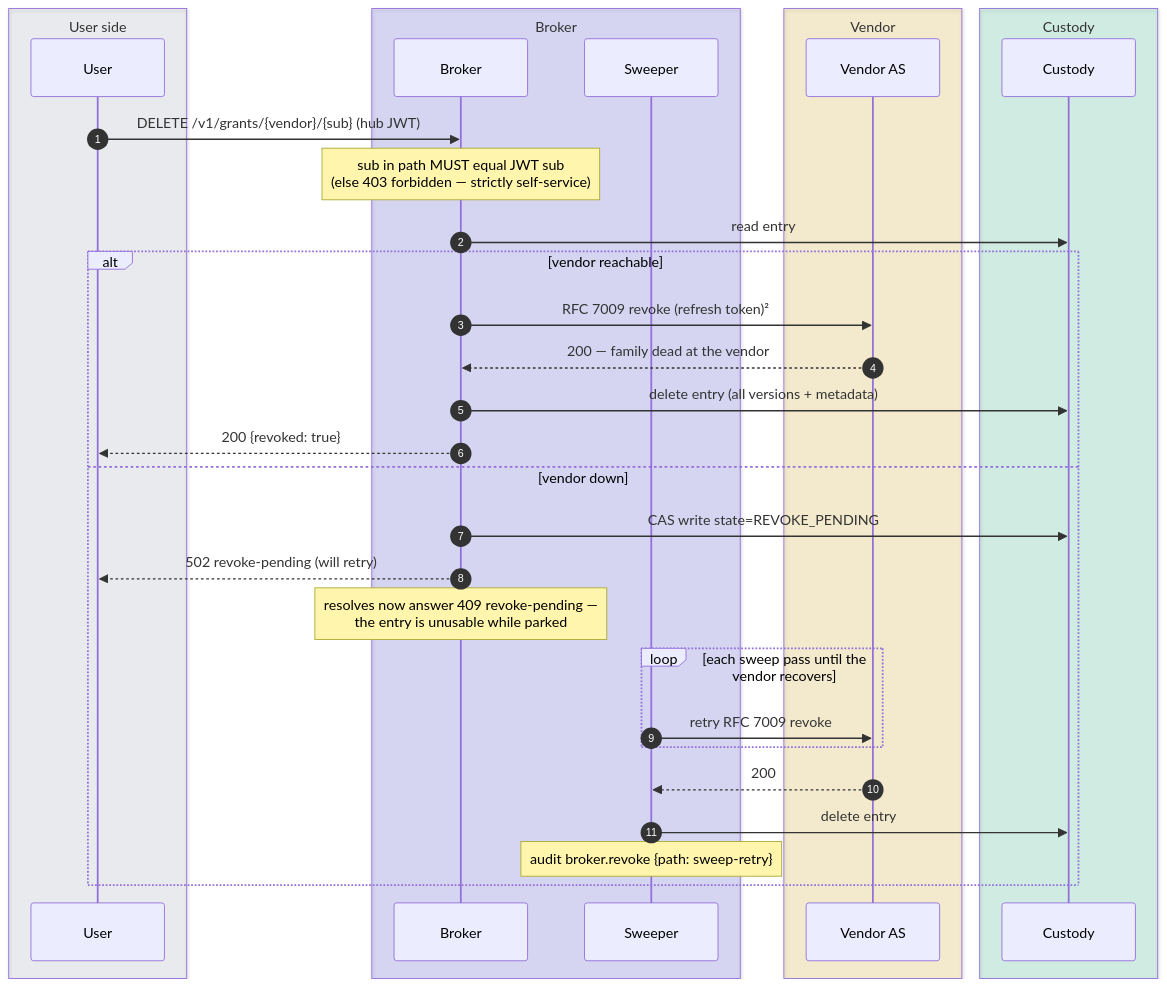
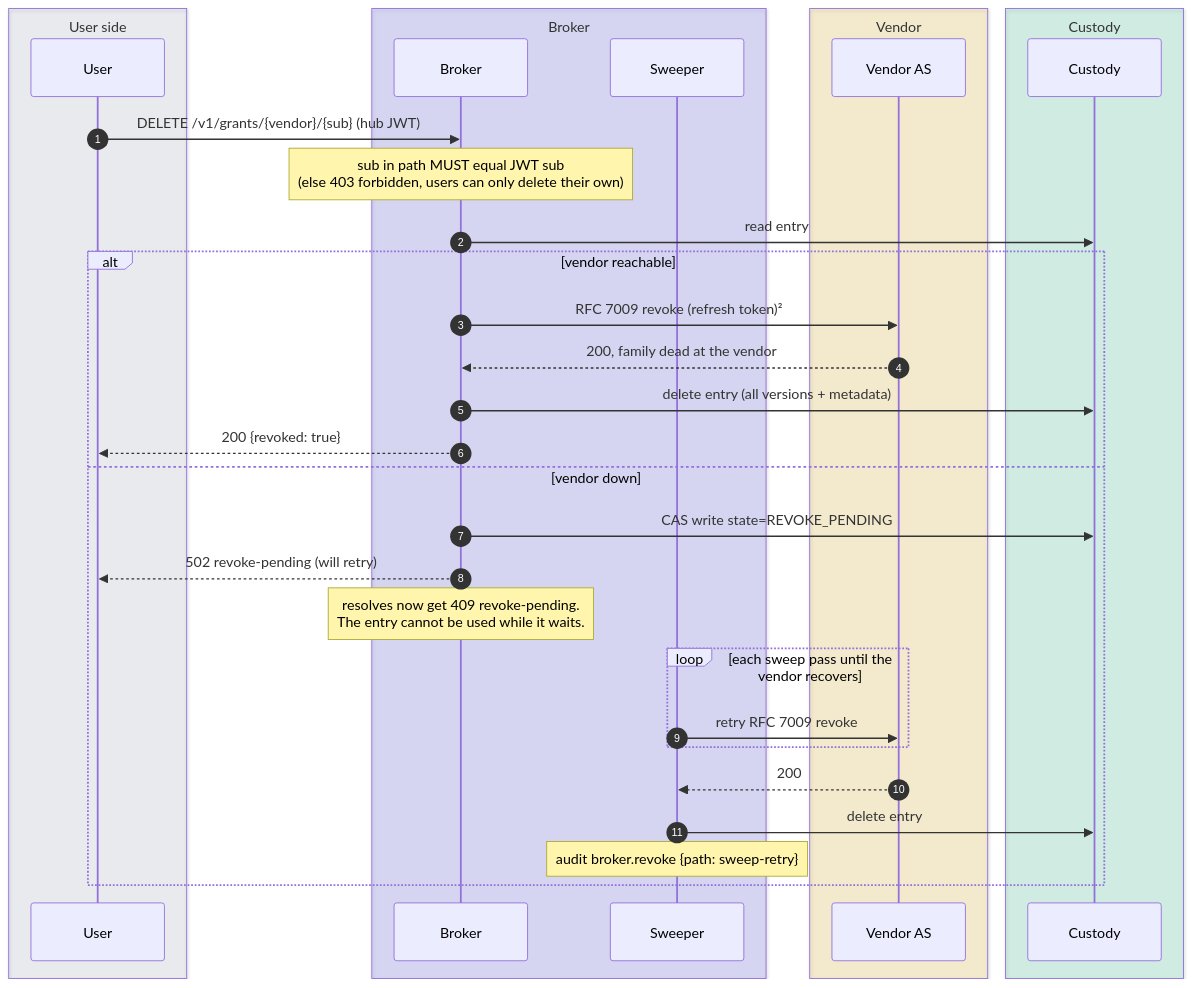
Before and after one commit to chief-builder/vendor-token-broker: the ninth of 10 diagrams in docs/token-lifecycle.md, drawn with Mermaid. The commit also changed other lines of this file and 14 other files, not shown here.

````diff
--- a/docs/token-lifecycle.md
+++ b/docs/token-lifecycle.md
@@ -392,37 +436,37 @@
 ```mermaid
 sequenceDiagram
     autonumber
     box rgba(148,163,184,0.14) User side
         participant U as User
     end
     box rgba(99,102,241,0.20) Broker
         participant B as Broker
         participant S as Sweeper
     end
     box rgba(234,179,8,0.16) Vendor
         participant V as Vendor AS
     end
     box rgba(16,185,129,0.16) Custody
         participant K as Custody
     end
 
     U->>B: DELETE /v1/grants/{vendor}/{sub} (hub JWT)
-    Note over B: sub in path MUST equal JWT sub<br/>(else 403 forbidden — strictly self-service)
+    Note over B: sub in path MUST equal JWT sub<br/>(else 403 forbidden, users can only delete their own)
     B->>K: read entry
     alt vendor reachable
         B->>V: RFC 7009 revoke (refresh token)²
-        V-->>B: 200 — family dead at the vendor
+        V-->>B: 200, family dead at the vendor
         B->>K: delete entry (all versions + metadata)
         B-->>U: 200 {revoked: true}
     else vendor down
         B->>K: CAS write state=REVOKE_PENDING
         B-->>U: 502 revoke-pending (will retry)
-        Note over B: resolves now answer 409 revoke-pending —<br/>the entry is unusable while parked
+        Note over B: resolves now get 409 revoke-pending.<br/>The entry cannot be used while it waits.
         loop each sweep pass until the vendor recovers
             S->>V: retry RFC 7009 revoke
         end
         V-->>S: 200
         S->>K: delete entry
         Note over S: audit broker.revoke {path: sweep-retry}
     end
 ```
````
